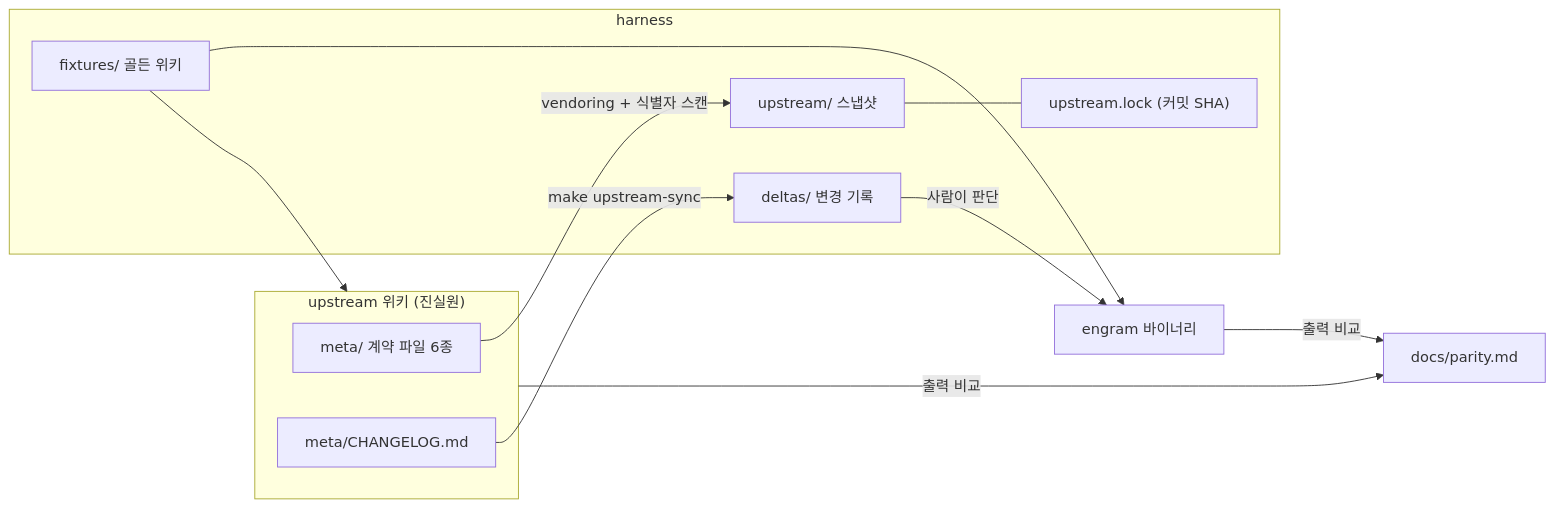
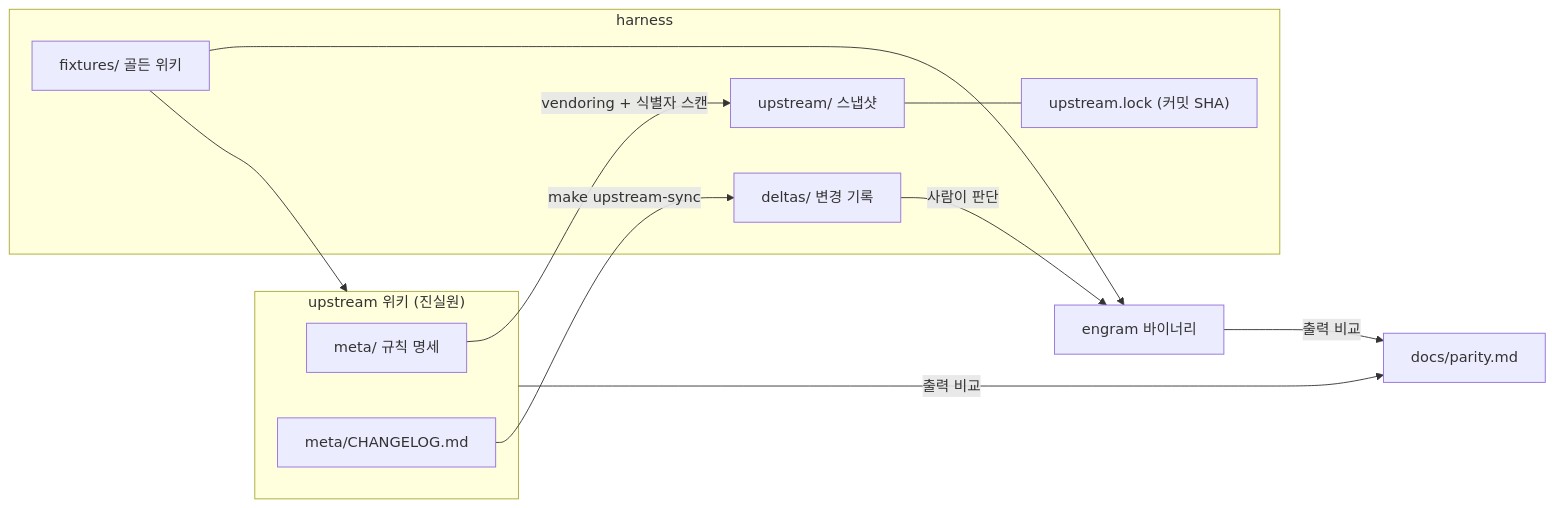
The ninth of 10 diagrams in docs/architecture.md (neocode24/engram), drawn with Mermaid before and after one commit. The commit also changed other lines of this file and 10 other files, not shown here.

````diff
--- a/docs/architecture.md
+++ b/docs/architecture.md
@@ -289,26 +289,26 @@
 ```mermaid
 flowchart LR
     subgraph UP["upstream 위키 (진실원)"]
-        UM["meta/ 계약 파일 6종"]
+        UM["meta/ 규칙 명세"]
         UC["meta/CHANGELOG.md"]
     end
 
     subgraph HN["harness"]
         HV["upstream/ 스냅샷"]
         HL["upstream.lock (커밋 SHA)"]
         HD["deltas/ 변경 기록"]
         HF["fixtures/ 골든 위키"]
     end
 
     B["engram 바이너리"]
     P["docs/parity.md"]
 
     UM -->|"vendoring + 식별자 스캔"| HV
     HV --- HL
     UC -->|"make upstream-sync"| HD
     HD -->|"사람이 판단"| B
     HF --> B
     HF --> UP
     B -->|"출력 비교"| P
     UP -->|"출력 비교"| P
 ```
````
